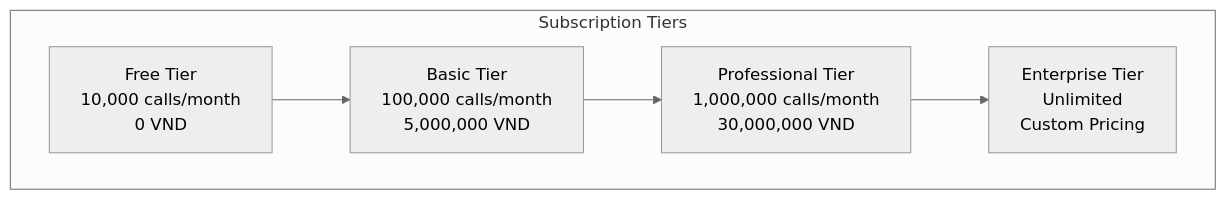
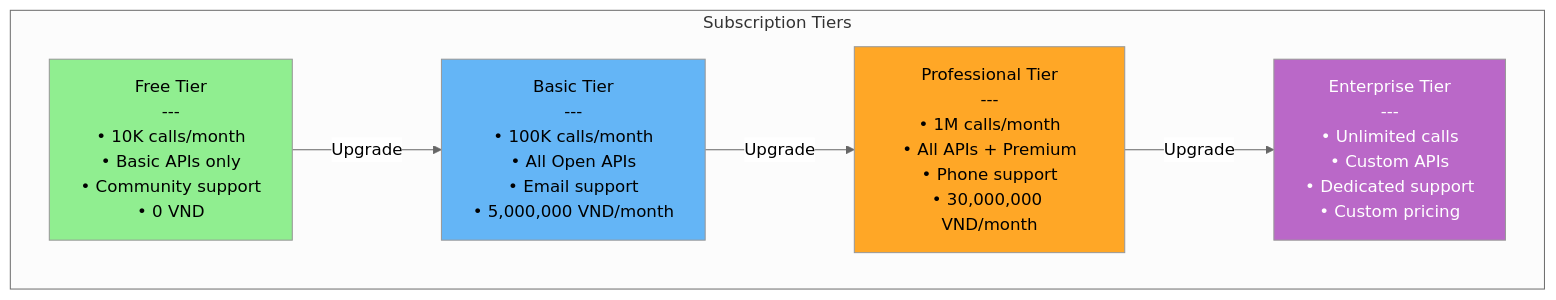
One commit to huuhoait/openbanking-vn-specs changed the second of 15 diagrams in 09-Thuong-mai-hoa-API.md. Above: the diagram before and after it, drawn with Mermaid (neutral theme). The commit also changed other lines of this file and 14 other files, not shown here.

````diff
--- a/09-Thuong-mai-hoa-API.md
+++ b/09-Thuong-mai-hoa-API.md
@@ -81,13 +83,21 @@
 ```mermaid
 graph TB
     subgraph "Subscription Tiers"
-        Free[Free Tier<br/>10,000 calls/month<br/>0 VND]
-        Basic[Basic Tier<br/>100,000 calls/month<br/>5,000,000 VND]
-        Pro[Professional Tier<br/>1,000,000 calls/month<br/>30,000,000 VND]
-        Enterprise[Enterprise Tier<br/>Unlimited<br/>Custom Pricing]
+        Free[Free Tier<br/>---<br/>• 10K calls/month<br/>• Basic APIs only<br/>• Community support<br/>• 0 VND]
+        
+        Basic[Basic Tier<br/>---<br/>• 100K calls/month<br/>• All Open APIs<br/>• Email support<br/>• 5,000,000 VND/month]
+        
+        Pro[Professional Tier<br/>---<br/>• 1M calls/month<br/>• All APIs + Premium<br/>• Phone support<br/>• 30,000,000 VND/month]
+        
+        Enterprise[Enterprise Tier<br/>---<br/>• Unlimited calls<br/>• Custom APIs<br/>• Dedicated support<br/>• Custom pricing]
     end
     
-    Free --> Basic
-    Basic --> Pro
-    Pro --> Enterprise
+    Free -->|Upgrade| Basic
+    Basic -->|Upgrade| Pro
+    Pro -->|Upgrade| Enterprise
+    
+    style Free fill:#90ee90
+    style Basic fill:#64b5f6
+    style Pro fill:#ffa726
+    style Enterprise fill:#ba68c8,color:#fff
 ```
````
